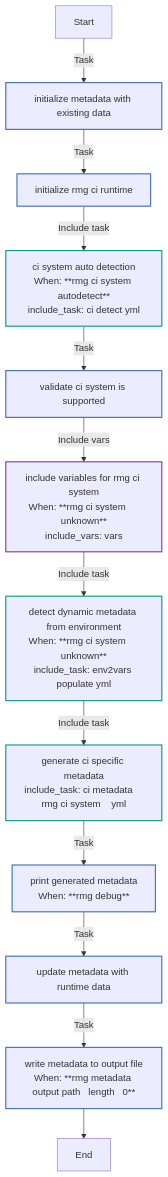
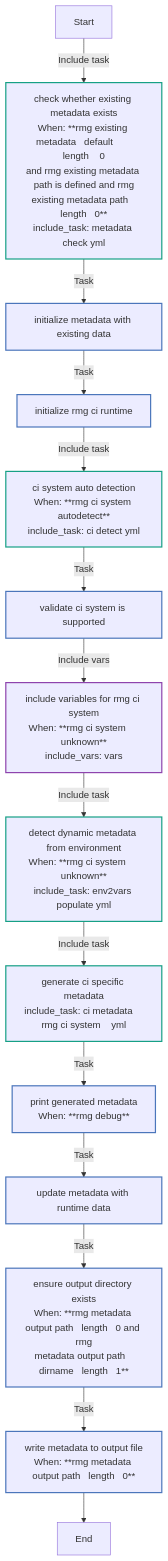
The fourth of 7 diagrams in playbooks/infra/reporting/roles/report_metadata_gen/README.md (mvk/eco-ci-cd), drawn with Mermaid before and after one commit. The commit also changed other lines of this file and 3 other files, not shown here.

````diff
--- a/playbooks/infra/reporting/roles/report_metadata_gen/README.md
+++ b/playbooks/infra/reporting/roles/report_metadata_gen/README.md
@@ -226,24 +225,26 @@
 ```mermaid
 flowchart TD
 Start
 classDef block stroke:#3498db,stroke-width:2px;
 classDef task stroke:#4b76bb,stroke-width:2px;
 classDef includeTasks stroke:#16a085,stroke-width:2px;
 classDef importTasks stroke:#34495e,stroke-width:2px;
 classDef includeRole stroke:#2980b9,stroke-width:2px;
 classDef importRole stroke:#699ba7,stroke-width:2px;
 classDef includeVars stroke:#8e44ad,stroke-width:2px;
 classDef rescue stroke:#665352,stroke-width:2px;
 
-  Start-->|Task| Initialize_metadata_with_existing_data0[initialize metadata with existing data]:::task
-  Initialize_metadata_with_existing_data0-->|Task| Initialize_rmg_ci_runtime1[initialize rmg ci runtime]:::task
-  Initialize_rmg_ci_runtime1-->|Include task| ci_detect_yml2[ci system auto detection<br>When: **rmg ci system autodetect**<br>include_task: ci detect yml]:::includeTasks
-  ci_detect_yml2-->|Task| Validate_CI_system_is_supported3[validate ci system is supported]:::task
-  Validate_CI_system_is_supported3-->|Include vars| vars4[include variables for rmg ci system<br>When: **rmg ci system     unknown**<br>include_vars: vars]:::includeVars
-  vars4-->|Include task| env2vars_populate_yml5[detect dynamic metadata from environment<br>When: **rmg ci system     unknown**<br>include_task: env2vars populate yml]:::includeTasks
-  env2vars_populate_yml5-->|Include task| ci_metadata____rmg_ci_system____yml6[generate ci specific metadata<br>include_task: ci metadata    rmg ci system    yml]:::includeTasks
-  ci_metadata____rmg_ci_system____yml6-->|Task| Print_generated_metadata7[print generated metadata<br>When: **rmg debug**]:::task
-  Print_generated_metadata7-->|Task| Update_metadata_with_runtime_data8[update metadata with runtime data]:::task
-  Update_metadata_with_runtime_data8-->|Task| Write_metadata_to_output_file9[write metadata to output file<br>When: **rmg metadata output path   length   0**]:::task
-  Write_metadata_to_output_file9-->End
+  Start-->|Include task| metadata_check_yml0[check whether existing metadata exists<br>When: **rmg existing metadata   default       length    0<br>and rmg existing metadata path is defined and rmg<br>existing metadata path   length   0**<br>include_task: metadata check yml]:::includeTasks
+  metadata_check_yml0-->|Task| Initialize_metadata_with_existing_data1[initialize metadata with existing data]:::task
+  Initialize_metadata_with_existing_data1-->|Task| Initialize_rmg_ci_runtime2[initialize rmg ci runtime]:::task
+  Initialize_rmg_ci_runtime2-->|Include task| ci_detect_yml3[ci system auto detection<br>When: **rmg ci system autodetect**<br>include_task: ci detect yml]:::includeTasks
+  ci_detect_yml3-->|Task| Validate_CI_system_is_supported4[validate ci system is supported]:::task
+  Validate_CI_system_is_supported4-->|Include vars| vars5[include variables for rmg ci system<br>When: **rmg ci system     unknown**<br>include_vars: vars]:::includeVars
+  vars5-->|Include task| env2vars_populate_yml6[detect dynamic metadata from environment<br>When: **rmg ci system     unknown**<br>include_task: env2vars populate yml]:::includeTasks
+  env2vars_populate_yml6-->|Include task| ci_metadata____rmg_ci_system____yml7[generate ci specific metadata<br>include_task: ci metadata    rmg ci system    yml]:::includeTasks
+  ci_metadata____rmg_ci_system____yml7-->|Task| Print_generated_metadata8[print generated metadata<br>When: **rmg debug**]:::task
+  Print_generated_metadata8-->|Task| Update_metadata_with_runtime_data9[update metadata with runtime data]:::task
+  Update_metadata_with_runtime_data9-->|Task| Ensure_output_directory_exists10[ensure output directory exists<br>When: **rmg metadata output path   length   0 and rmg<br>metadata output path   dirname   length   1**]:::task
+  Ensure_output_directory_exists10-->|Task| Write_metadata_to_output_file11[write metadata to output file<br>When: **rmg metadata output path   length   0**]:::task
+  Write_metadata_to_output_file11-->End
 ```
````
